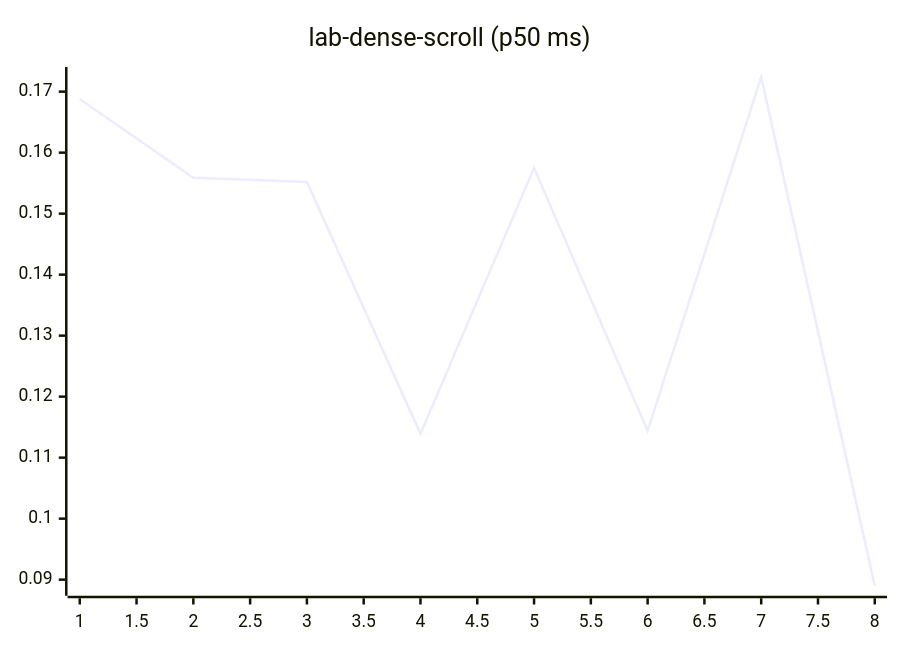
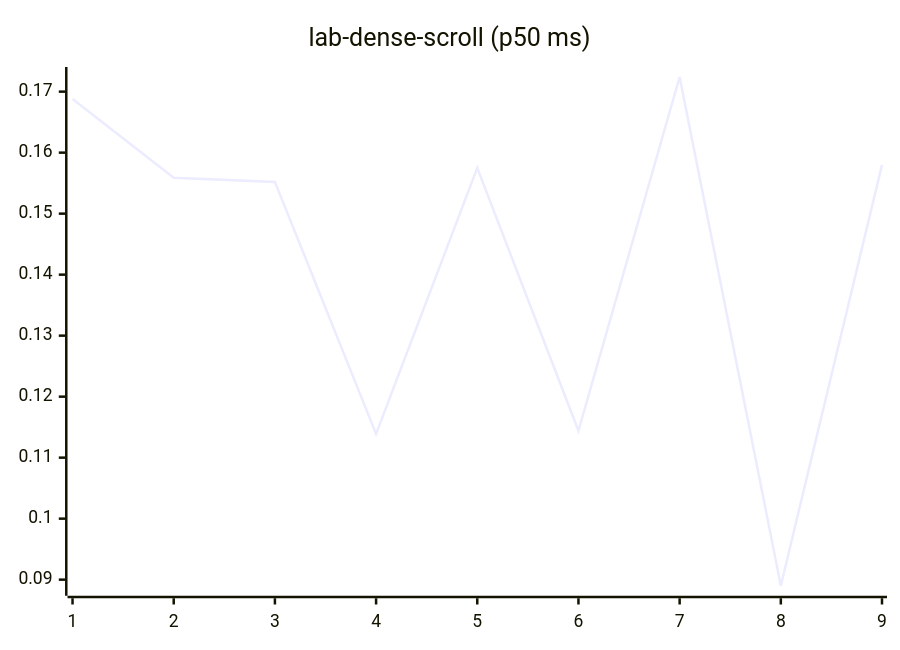
Before and after one commit to josha/Facet: diagram 12 of 27 in README.md, drawn with Mermaid. The commit also changed other lines of this file and 2 other files, not shown here.

````diff
--- a/README.md
+++ b/README.md
@@ -140,6 +140,6 @@
 ```mermaid
 xychart-beta
     title "lab-dense-scroll (p50 ms)"
-    x-axis 1 --> 8
-    line [0.1688, 0.1559, 0.1552, 0.1139, 0.1575, 0.1144, 0.1724, 0.0890]
+    x-axis 1 --> 9
+    line [0.1688, 0.1559, 0.1552, 0.1139, 0.1575, 0.1144, 0.1724, 0.0890, 0.1580]
 ```
````
